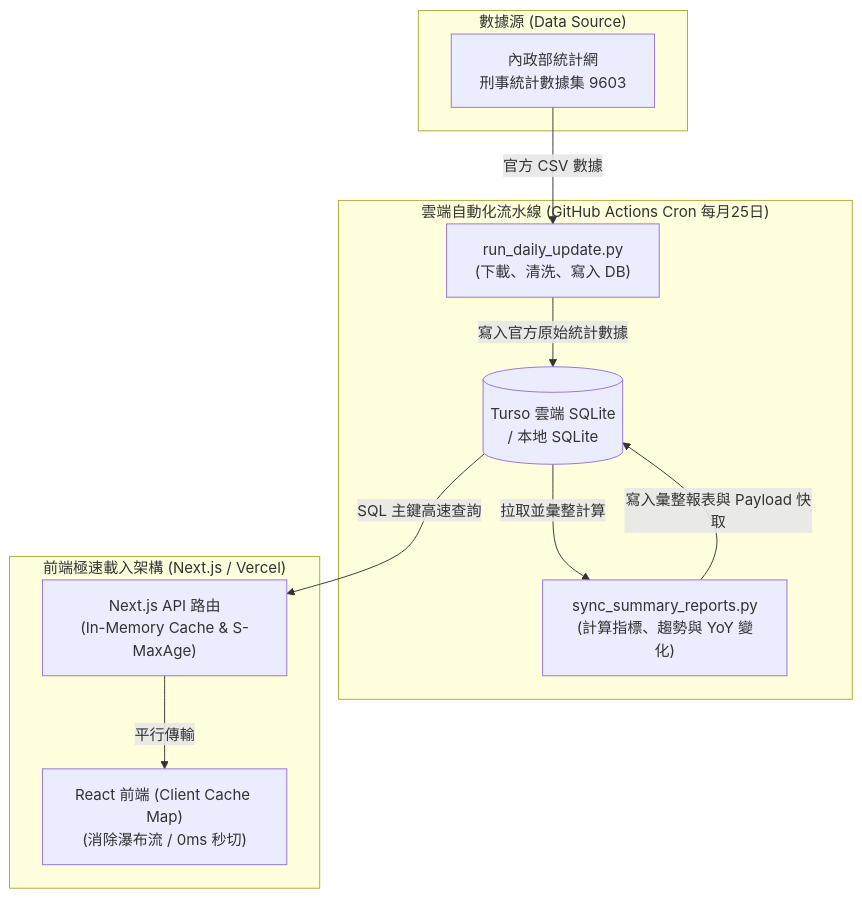
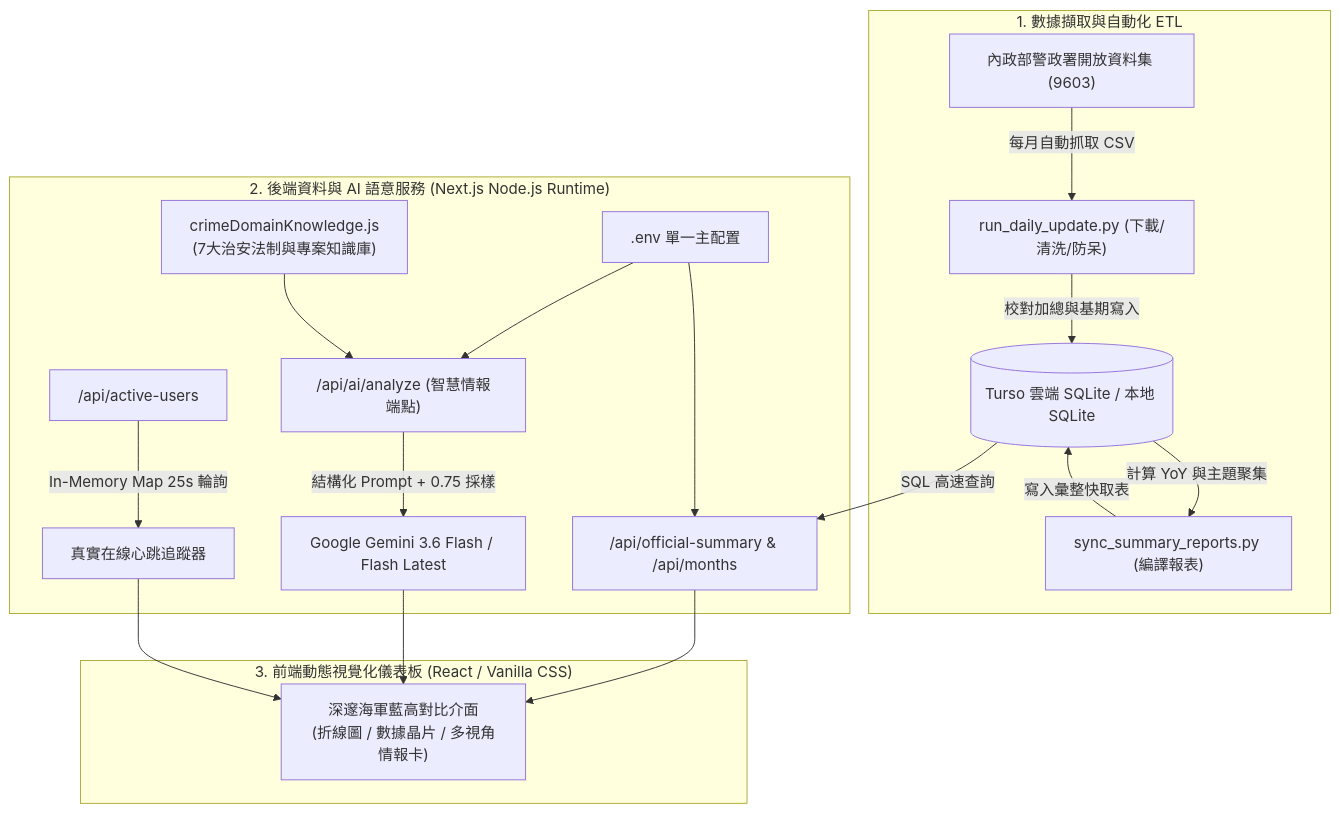
One commit to dec591nyc/PSJJV changed the diagram in README.md. Above: the diagram before and after it, drawn with Mermaid. The commit also changed other lines of this file and 3 other files, not shown here.

````diff
--- a/README.md
+++ b/README.md
@@ -49,21 +34,24 @@
 ```mermaid
 flowchart TD
-    subgraph "數據源 (Data Source)"
-        A[內政部統計網\n刑事統計數據集 9603]
+    subgraph "1. 數據擷取與自動化 ETL"
+        A["內政部警政署開放資料集 (9603)"] -->|每月自動抓取 CSV| B["run_daily_update.py (下載/清洗/防呆)"]
+        B -->|校對加總與基期寫入| DB[(Turso 雲端 SQLite / 本地 SQLite)]
+        DB -->|計算 YoY 與主題聚集| C["sync_summary_reports.py (編譯報表)"]
+        C -->|寫入彙整快取表| DB
     end
 
-    subgraph "雲端自動化流水線 (GitHub Actions Cron 每月25日)"
-        B["run_daily_update.py\n(下載、清洗、寫入 DB)"]
-        C["sync_summary_reports.py\n(計算指標、趨勢與 YoY 變化)"]
-        
-        A -->|官方 CSV 數據| B
-        B -->|寫入官方原始統計數據| DB[(Turso 雲端 SQLite\n/ 本地 SQLite)]
-        DB -->|拉取並彙整計算| C
-        C -->|寫入彙整報表與 Payload 快取| DB
+    subgraph "2. 後端資料與 AI 語意服務 (Next.js Node.js Runtime)"
+        DB -->|SQL 高速查詢| API["/api/official-summary & /api/months"]
+        ENV[".env 單一主配置"] --> API
+        ENV --> AI_ROUTE["/api/ai/analyze (智慧情報端點)"]
+        KNOWLEDGE["crimeDomainKnowledge.js\n(7大治安法制與專案知識庫)"] --> AI_ROUTE
+        AI_ROUTE -->|結構化 Prompt + 0.75 採樣| GEMINI["Google Gemini 3.6 Flash / Flash Latest"]
+        CLIENT_PINGS["/api/active-users"] -->|In-Memory Map 25s 輪詢| HB_TRACKER["真實在線心跳追蹤器"]
     end
 
-    subgraph "前端極速載入架構 (Next.js / Vercel)"
-        DB -->|SQL 主鍵高速查詢| V["Next.js API 路由\n(In-Memory Cache & S-MaxAge)"]
-        V -->|平行傳輸| UI["React 前端 (Client Cache Map)\n(消除瀑布流 / 0ms 秒切)"]
+    subgraph "3. 前端動態視覺化儀表板 (React / Vanilla CSS)"
+        API --> UI["深邃海軍藍高對比介面\n(折線圖 / 數據晶片 / 多視角情報卡)"]
+        GEMINI --> UI
+        HB_TRACKER --> UI
     end
 ```
````
